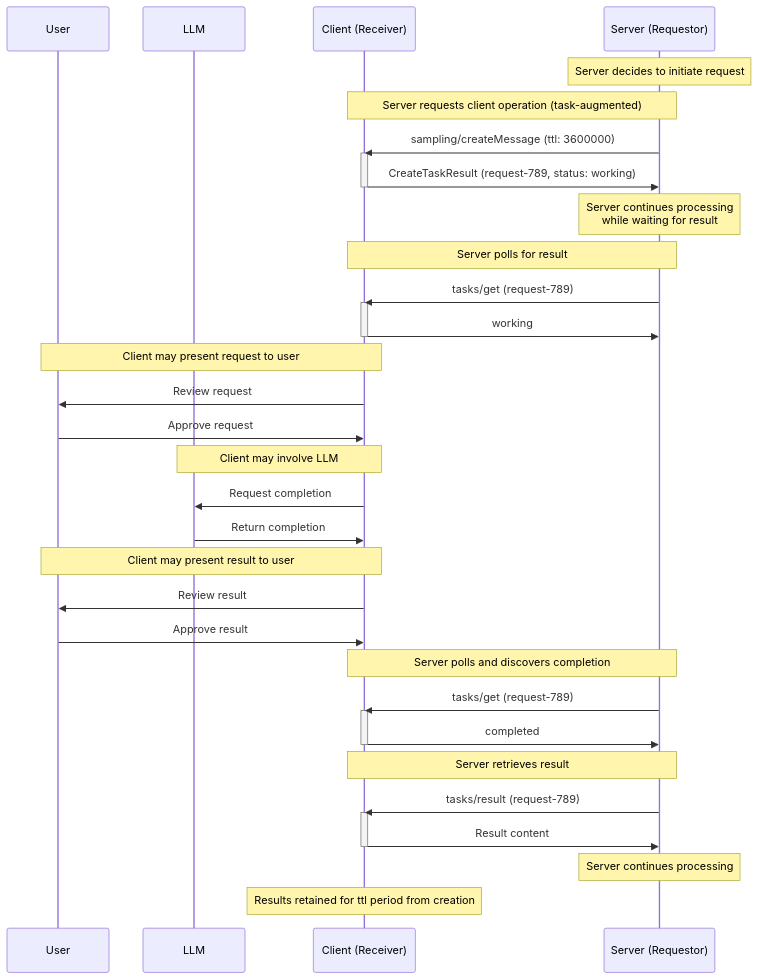
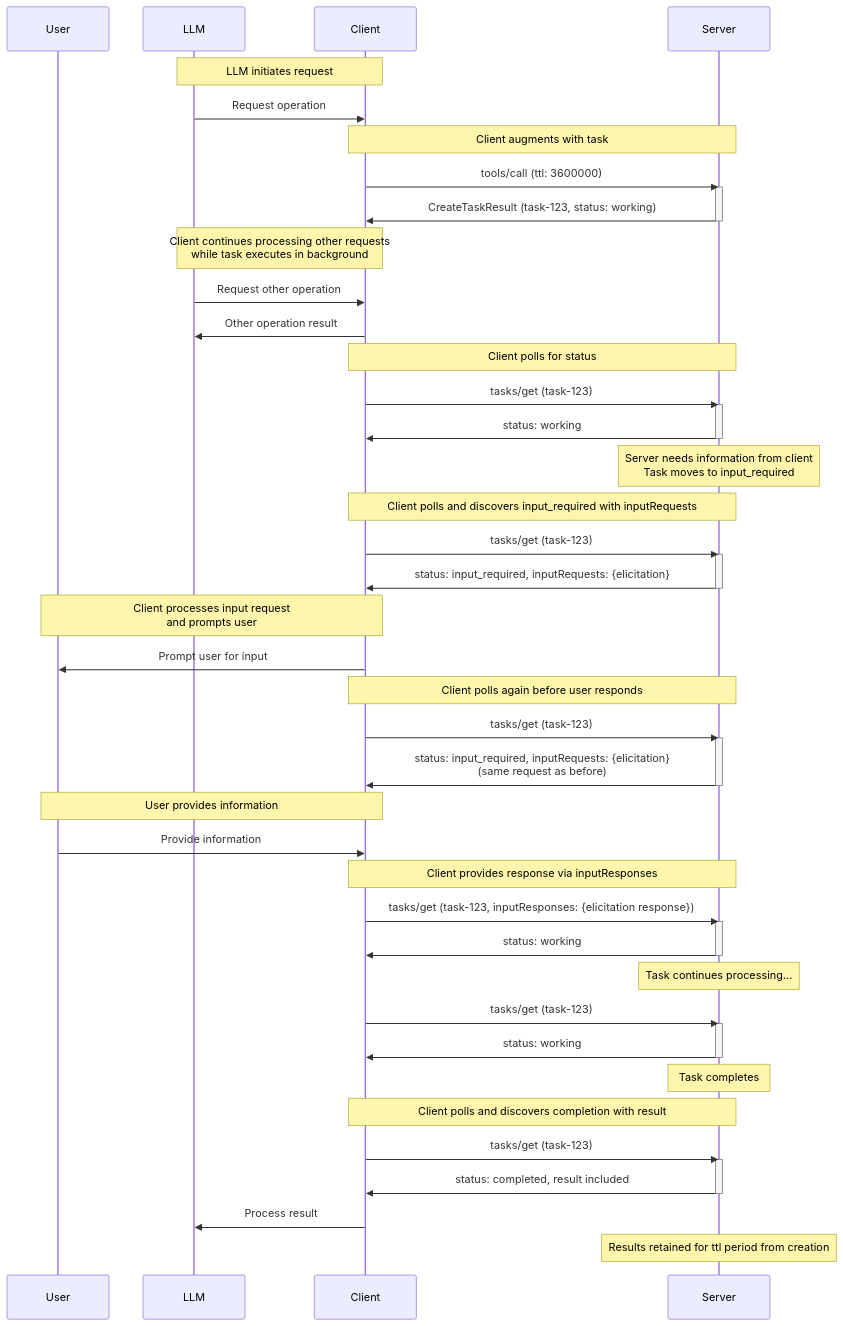
The fifth of 6 diagrams in docs/specification/draft/basic/utilities/tasks.mdx (modelcontextprotocol/modelcontextprotocol), drawn with Mermaid before and after one commit. The commit also changed other lines of this file and 4 other files, not shown here.

````diff
--- a/docs/specification/draft/basic/utilities/tasks.mdx
+++ b/docs/specification/draft/basic/utilities/tasks.mdx
@@ -613,51 +621,70 @@
 ```mermaid
 sequenceDiagram
     participant U as User
     participant LLM
-    participant C as Client (Receiver)
-    participant S as Server (Requestor)
+    participant C as Client
+    participant S as Server
 
-    Note over S: Server decides to initiate request
+    Note over LLM,C: LLM initiates request
+    LLM->>C: Request operation
 
-    Note over S,C: Server requests client operation (task-augmented)
-    S->>C: sampling/createMessage (ttl: 3600000)
-    activate C
-    C->>S: CreateTaskResult (request-789, status: working)
-    deactivate C
+    Note over C,S: Client augments with task
+    C->>S: tools/call (ttl: 3600000)
+    activate S
+    S->>C: CreateTaskResult (task-123, status: working)
+    deactivate S
 
-    Note over S: Server continues processing<br/>while waiting for result
+    Note over LLM,C: Client continues processing other requests<br/>while task executes in background
+    LLM->>C: Request other operation
+    C->>LLM: Other operation result
 
-    Note over S,C: Server polls for result
-    S->>C: tasks/get (request-789)
-    activate C
-    C->>S: working
-    deactivate C
+    Note over C,S: Client polls for status
+    C->>S: tasks/get (task-123)
+    activate S
+    S->>C: status: working
+    deactivate S
 
-    Note over C,U: Client may present request to user
-    C->>U: Review request
-    U->>C: Approve request
+    Note over S: Server needs information from client<br/>Task moves to input_required
 
-    Note over C,LLM: Client may involve LLM
-    C->>LLM: Request completion
-    LLM->>C: Return completion
+    Note over C,S: Client polls and discovers input_required with inputRequests
+    C->>S: tasks/get (task-123)
+    activate S
+    S->>C: status: input_required, inputRequests: {elicitation}
+    deactivate S
 
-    Note over C,U: Client may present result to user
-    C->>U: Review result
-    U->>C: Approve result
+    Note over C,U: Client processes input request<br/>and prompts user
+    C->>U: Prompt user for input
 
-    Note over S,C: Server polls and discovers completion
-    S->>C: tasks/get (request-789)
-    activate C
-    C->>S: completed
-    deactivate C
+    Note over C,S: Client polls again before user responds
+    C->>S: tasks/get (task-123)
+    activate S
+    S->>C: status: input_required, inputRequests: {elicitation}<br/>(same request as before)
+    deactivate S
 
-    Note over S,C: Server retrieves result
-    S->>C: tasks/result (request-789)
-    activate C
-    C->>S: Result content
-    deactivate C
+    Note over U,C: User provides information
+    U->>C: Provide information
 
-    Note over S: Server continues processing
+    Note over C,S: Client provides response via inputResponses
+    C->>S: tasks/get (task-123, inputResponses: {elicitation response})
+    activate S
+    S->>C: status: working
+    deactivate S
 
-    Note over C: Results retained for ttl period from creation
+    Note over S: Task continues processing...
+
+    C->>S: tasks/get (task-123)
+    activate S
+    S->>C: status: working
+    deactivate S
+
+    Note over S: Task completes
+
+    Note over C,S: Client polls and discovers completion with result
+    C->>S: tasks/get (task-123)
+    activate S
+    S->>C: status: completed, result included
+    deactivate S
+    C->>LLM: Process result
+
+    Note over S: Results retained for ttl period from creation
 ```
````
